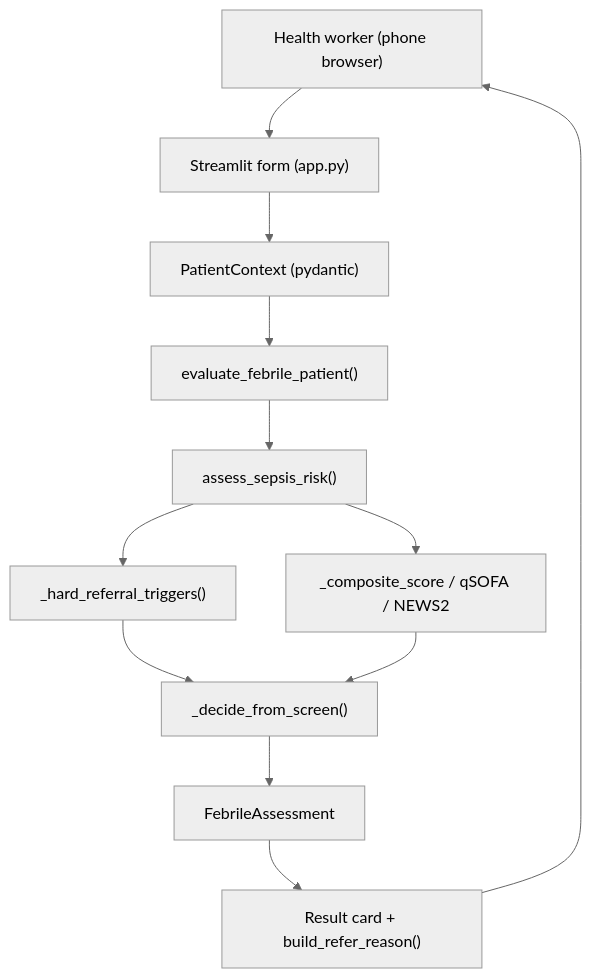
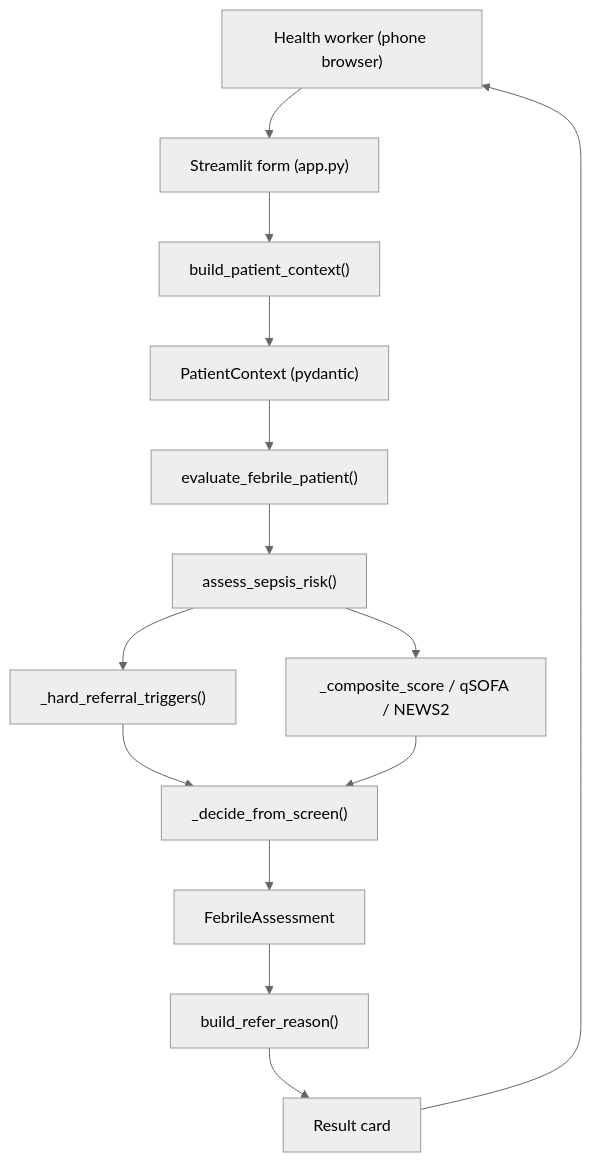
One commit to gloryprospect39-blip/FEVER-Treat-or-Refer- changed the diagram in engineering.md. Above: the diagram before and after it, drawn with Mermaid (neutral theme). The commit also changed other lines of this file and 2 other files, not shown here.

````diff
--- a/engineering.md
+++ b/engineering.md
@@ -43,25 +39,29 @@
 ```mermaid
 flowchart TD
     worker["Health worker (phone browser)"]
     form["Streamlit form (app.py)"]
+    builder["build_patient_context()"]
     ctx["PatientContext (pydantic)"]
     engine["evaluate_febrile_patient()"]
     screen["assess_sepsis_risk()"]
     hard["_hard_referral_triggers()"]
     score["_composite_score / qSOFA / NEWS2"]
     decide["_decide_from_screen()"]
     result["FebrileAssessment"]
-    card["Result card + build_refer_reason()"]
+    reason["build_refer_reason()"]
+    card["Result card"]
 
     worker --> form
-    form --> ctx
+    form --> builder
+    builder --> ctx
     ctx --> engine
     engine --> screen
     screen --> hard
     screen --> score
     hard --> decide
     score --> decide
     decide --> result
-    result --> card
+    result --> reason
+    reason --> card
     card --> worker
 ```
````
